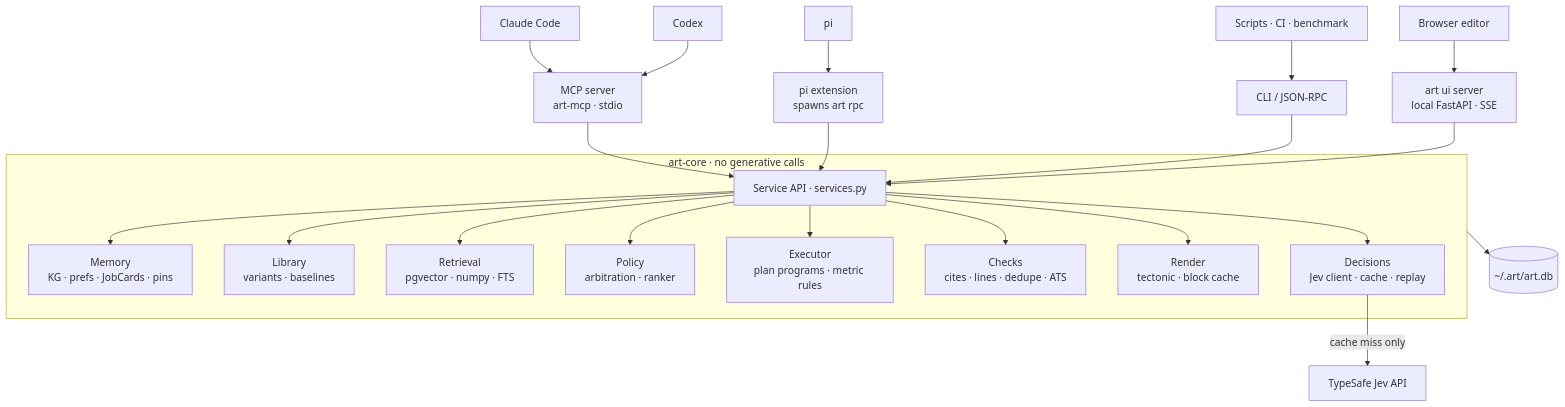
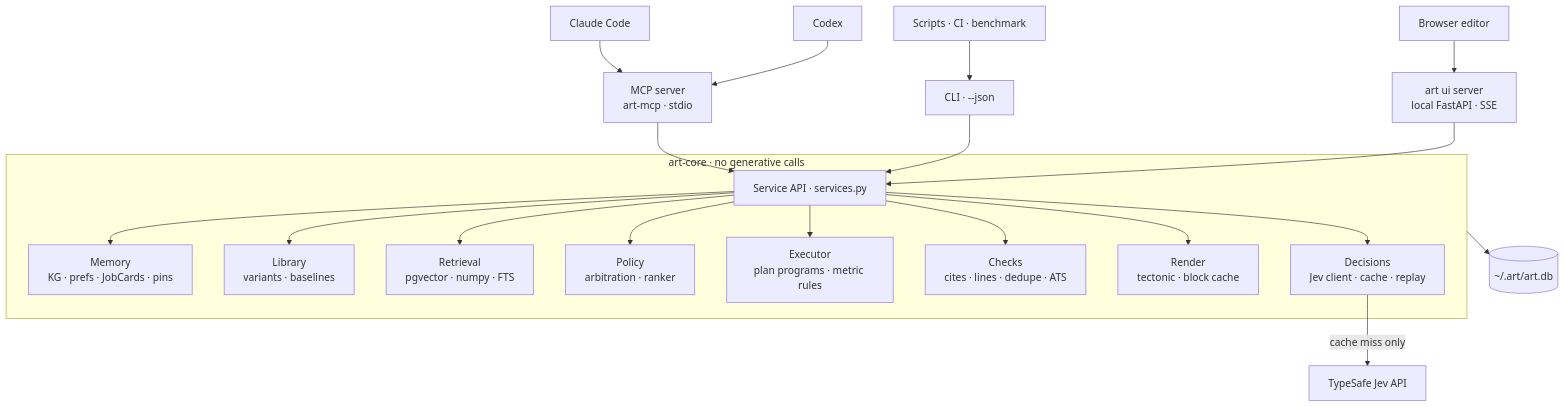
One commit to nathansso/agentic_resume_tailoring changed the second of 6 diagrams in docs/harness.md. Above: the diagram before and after it, drawn with Mermaid. The commit also changed other lines of this file and 4 other files, not shown here.

First line of the commit message:
docs(harness): target Claude Code and Codex only; drop pi and art rpc

````diff
--- a/docs/harness.md
+++ b/docs/harness.md
@@ -72,25 +72,23 @@
 ```mermaid
 flowchart TB
     CC[Claude Code] --> MCP[MCP server<br/>art-mcp · stdio]
     CX[Codex] --> MCP
-    PI[pi] --> PIE[pi extension<br/>spawns art rpc]
-    SC[Scripts · CI · benchmark] --> CLI[CLI / JSON-RPC]
+    SC[Scripts · CI · benchmark] --> CLI[CLI · --json]
     BR[Browser editor] --> UI[art ui server<br/>local FastAPI · SSE]
     subgraph core[art-core · no generative calls]
         SVC[Service API · services.py]
         SVC --> MEM[Memory<br/>KG · prefs · JobCards · pins]
         SVC --> LIB[Library<br/>variants · baselines]
         SVC --> RET[Retrieval<br/>pgvector · numpy · FTS]
         SVC --> POL[Policy<br/>arbitration · ranker]
         SVC --> EXE[Executor<br/>plan programs · metric rules]
         SVC --> CHK[Checks<br/>cites · lines · dedupe · ATS]
         SVC --> REN[Render<br/>tectonic · block cache]
         SVC --> DEC[Decisions<br/>Jev client · cache · replay]
     end
     MCP --> SVC
-    PIE --> SVC
     CLI --> SVC
     UI --> SVC
     core --> DB[(~/.art/art.db)]
     DEC -->|cache miss only| JEV[TypeSafe Jev API]
 ```
````
